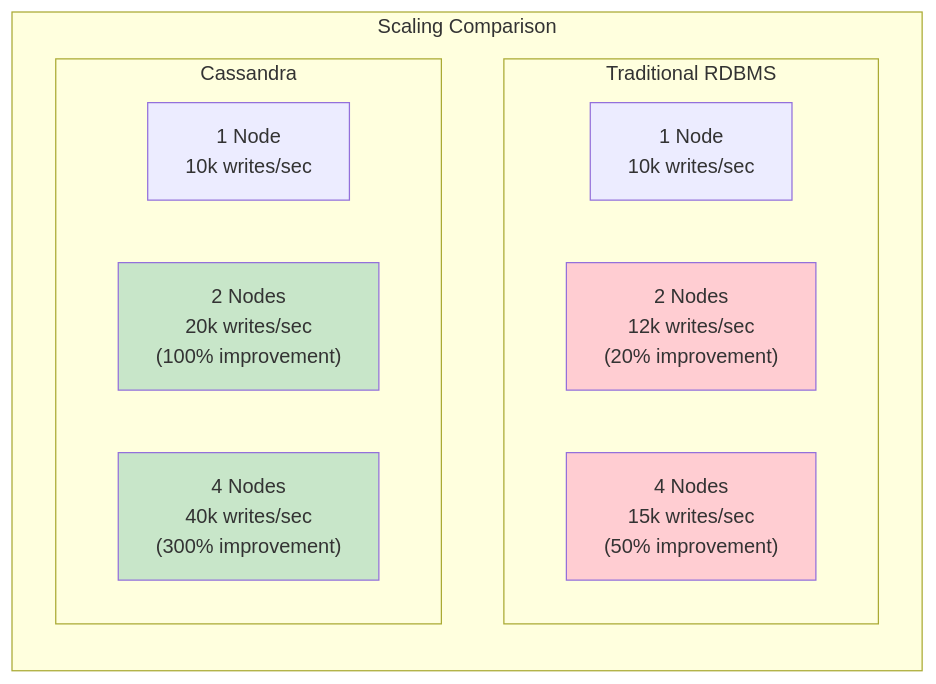
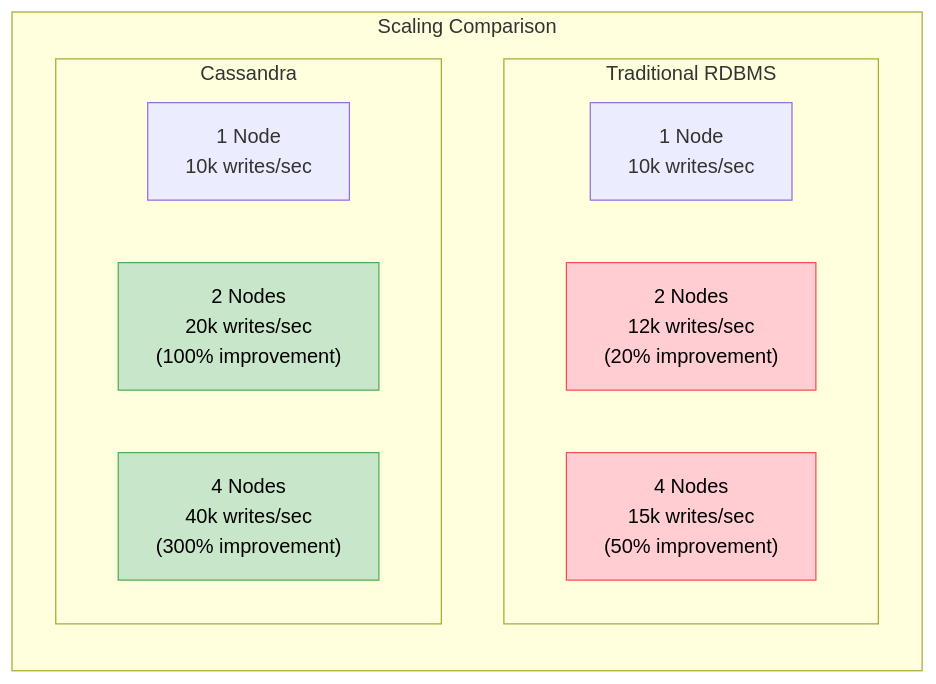
One commit to deepaucksharma/DStudio changed diagram 12 of 17 in docs/case-studies/cassandra.md. Above: the diagram before and after it, drawn with Mermaid. The commit also changed other lines of this file and 43 other files, not shown here.

````diff
--- a/docs/case-studies/cassandra.md
+++ b/docs/case-studies/cassandra.md
@@ -389,21 +419,21 @@
 ```mermaid
 graph LR
  subgraph "Scaling Comparison"
  subgraph "Traditional RDBMS"
  SQL1["1 Node<br/>10k writes/sec"]
  SQL2["2 Nodes<br/>12k writes/sec<br/>(20% improvement)"]
  SQL4["4 Nodes<br/>15k writes/sec<br/>(50% improvement)"]
  end
  
  subgraph "Cassandra"
  C1["1 Node<br/>10k writes/sec"]
  C2["2 Nodes<br/>20k writes/sec<br/>(100% improvement)"]
  C4["4 Nodes<br/>40k writes/sec<br/>(300% improvement)"]
  end
  end
  
- style SQL2 fill:#ffcdd2
- style SQL4 fill:#ffcdd2
- style C2 fill:#c8e6c9
- style C4 fill:#c8e6c9
+ classDef sqlNode fill:#ffcdd2,stroke:#ef5350,color:#000
+ classDef cassandraNode fill:#c8e6c9,stroke:#4caf50,color:#000
+ class SQL2,SQL4 sqlNode
+ class C2,C4 cassandraNode
 ```
````
